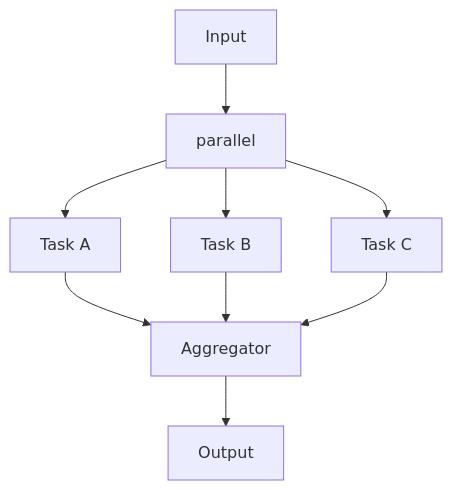
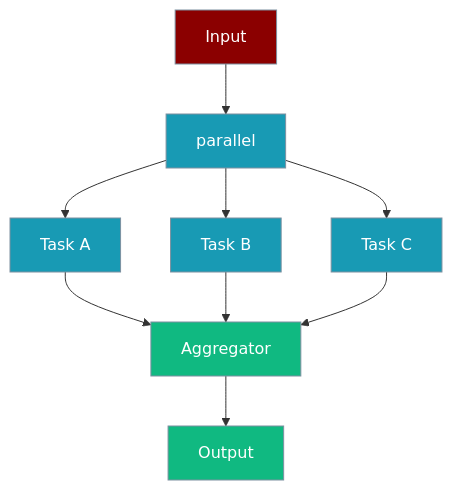
One commit to MervinPraison/PraisonAIDocs changed the first of 2 diagrams in docs/features/workflow-parallel.mdx. Above: the diagram before and after it, drawn with Mermaid. The commit also changed other lines of this file and 4 other files, not shown here.

````diff
--- a/docs/features/workflow-parallel.mdx
+++ b/docs/features/workflow-parallel.mdx
@@ -11,11 +12,19 @@
 ```mermaid
 graph TD
     A[Input] --> B[parallel]
     B --> C[Task A]
     B --> D[Task B]
     B --> E[Task C]
     C --> F[Aggregator]
     D --> F
     E --> F
     F --> G[Output]
+    
+    classDef input fill:#8B0000,stroke:#7C90A0,color:#fff
+    classDef process fill:#189AB4,stroke:#7C90A0,color:#fff
+    classDef output fill:#10B981,stroke:#7C90A0,color:#fff
+    
+    class A input
+    class B,C,D,E process
+    class F,G output
 ```
````
